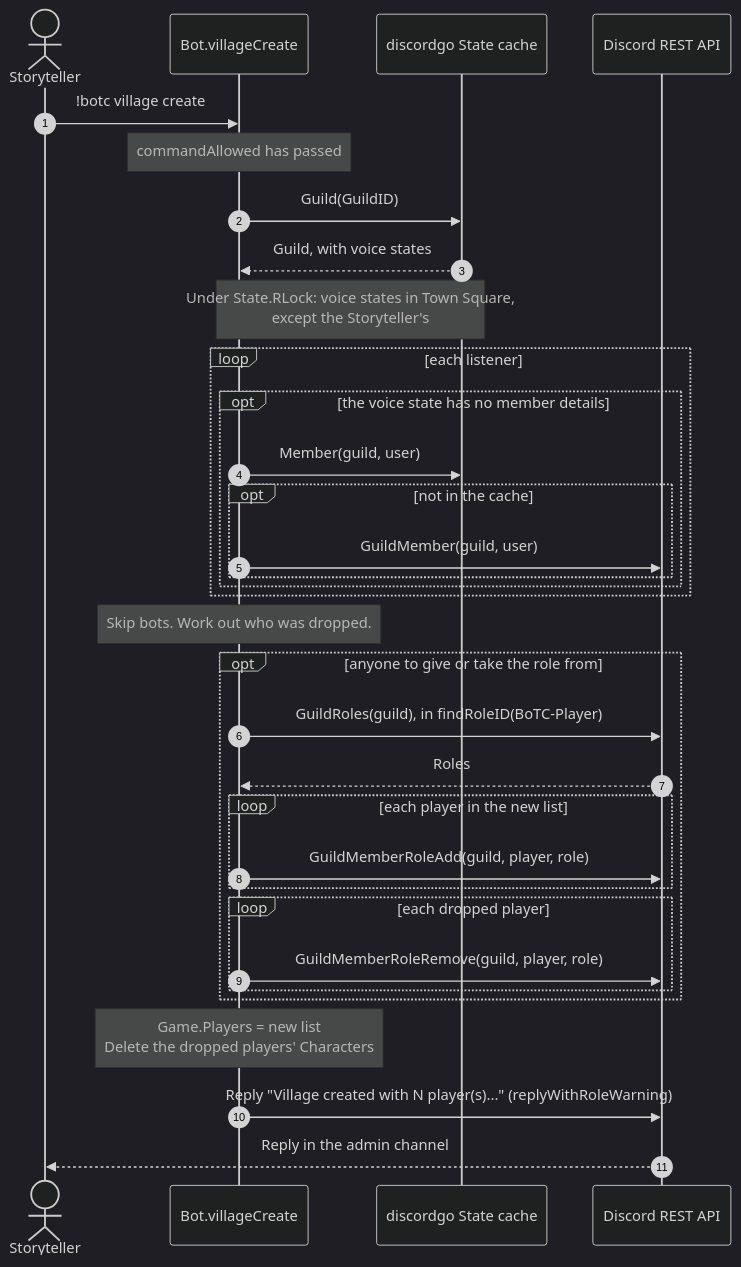
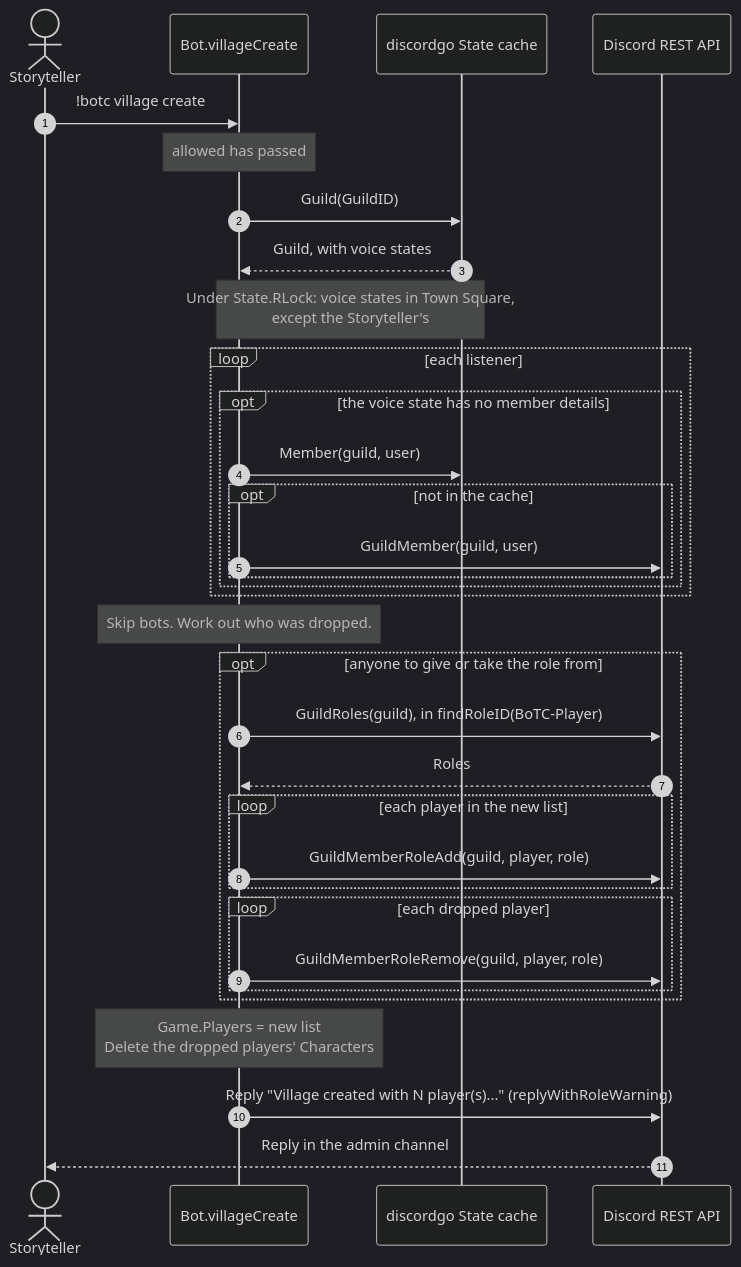
Before and after one commit to RAGNOARAKNOS/BotOnTheClocktower: the third of 5 diagrams in docs/uml/village.md, drawn with Mermaid (dark theme). The commit also changed other lines of this file and 13 other files, not shown here.

````diff
--- a/docs/uml/village.md
+++ b/docs/uml/village.md
@@ -54,36 +54,36 @@
 ```mermaid
 sequenceDiagram
     autonumber
     actor ST as Storyteller
     participant Bot as Bot.villageCreate
     participant State as discordgo State cache
     participant REST as Discord REST API
 
     ST->>Bot: !botc village create
-    Note over Bot: commandAllowed has passed
+    Note over Bot: allowed has passed
     Bot->>State: Guild(GuildID)
     State-->>Bot: Guild, with voice states
     Note over Bot,State: Under State.RLock: voice states in Town Square,<br/>except the Storyteller's
     loop each listener
         opt the voice state has no member details
             Bot->>State: Member(guild, user)
             opt not in the cache
                 Bot->>REST: GuildMember(guild, user)
             end
         end
     end
     Note over Bot: Skip bots. Work out who was dropped.
     opt anyone to give or take the role from
         Bot->>REST: GuildRoles(guild), in findRoleID(BoTC-Player)
         REST-->>Bot: Roles
         loop each player in the new list
             Bot->>REST: GuildMemberRoleAdd(guild, player, role)
         end
         loop each dropped player
             Bot->>REST: GuildMemberRoleRemove(guild, player, role)
         end
     end
     Note over Bot: Game.Players = new list<br/>Delete the dropped players' Characters
     Bot->>REST: Reply "Village created with N player(s)..." (replyWithRoleWarning)
     REST-->>ST: Reply in the admin channel
 ```
````
